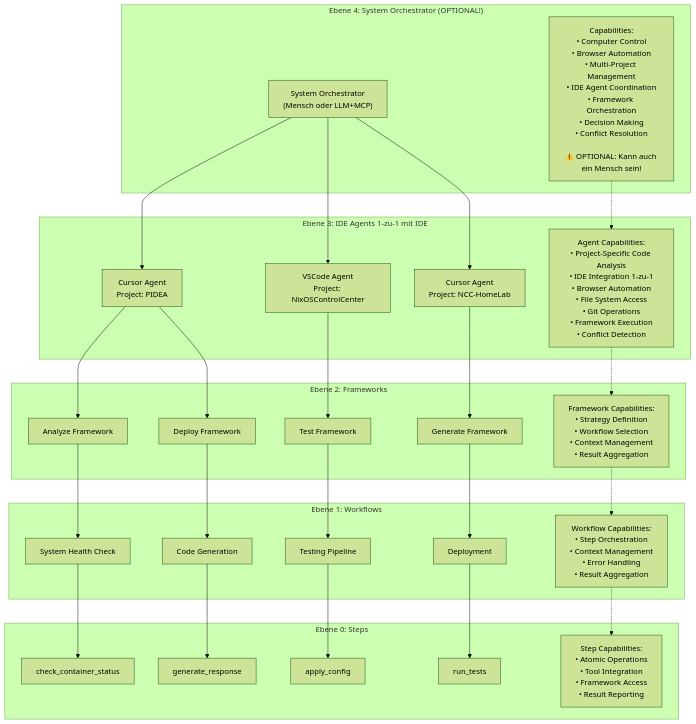
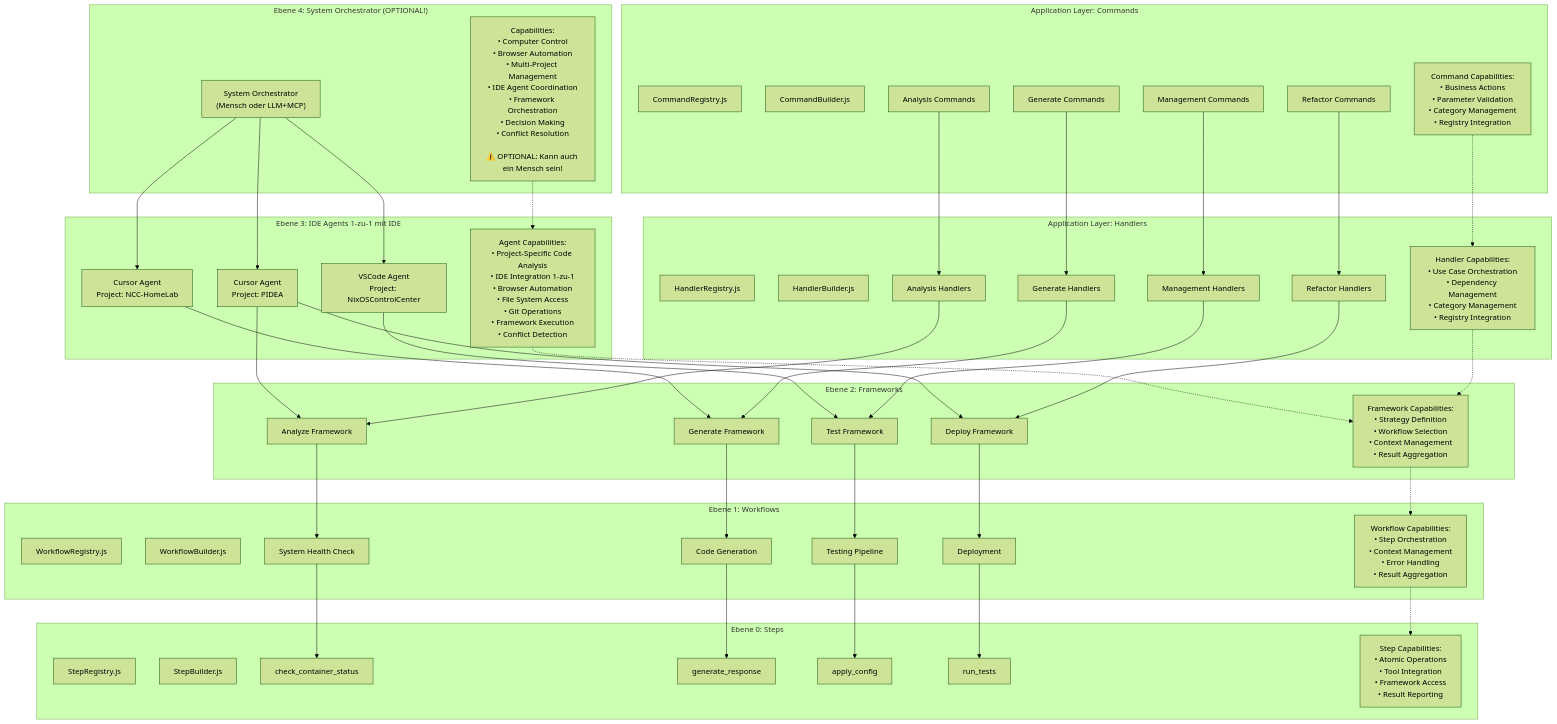
One commit to fr4iser90/PIDEA changed the first of 6 diagrams in docs/architecture/meta-ebenen-capabilities.md. Above: the diagram before and after it, drawn with Mermaid (forest theme). The commit also changed other lines of this file and 11 other files, not shown here.

First line of the commit message:
Enhance Architecture Documentation for Modular Commands and Handlers

````diff
--- a/docs/architecture/meta-ebenen-capabilities.md
+++ b/docs/architecture/meta-ebenen-capabilities.md
@@ -27,21 +27,47 @@
     end
     
     subgraph "Ebene 1: Workflows"
-        W1["System Health Check"]
-        W2["Code Generation"]
-        W3["Testing Pipeline"]
-        W4["Deployment"]
+        W1["WorkflowRegistry.js"]
+        W2["WorkflowBuilder.js"]
+        W3["System Health Check"]
+        W4["Code Generation"]
+        W5["Testing Pipeline"]
+        W6["Deployment"]
         
         WF_CAP["Workflow Capabilities:<br/>• Step Orchestration<br/>• Context Management<br/>• Error Handling<br/>• Result Aggregation"]
     end
     
     subgraph "Ebene 0: Steps"
-        S1["check_container_status"]
-        S2["generate_response"]
-        S3["apply_config"]
-        S4["run_tests"]
+        S1["StepRegistry.js"]
+        S2["StepBuilder.js"]
+        S3["check_container_status"]
+        S4["generate_response"]
+        S5["apply_config"]
+        S6["run_tests"]
         
         STEP_CAP["Step Capabilities:<br/>• Atomic Operations<br/>• Tool Integration<br/>• Framework Access<br/>• Result Reporting"]
+    end
+    
+    subgraph "Application Layer: Commands"
+        C1["CommandRegistry.js"]
+        C2["CommandBuilder.js"]
+        C3["Analysis Commands"]
+        C4["Generate Commands"]
+        C5["Refactor Commands"]
+        C6["Management Commands"]
+        
+        CMD_CAP["Command Capabilities:<br/>• Business Actions<br/>• Parameter Validation<br/>• Category Management<br/>• Registry Integration"]
+    end
+    
+    subgraph "Application Layer: Handlers"
+        H1["HandlerRegistry.js"]
+        H2["HandlerBuilder.js"]
+        H3["Analysis Handlers"]
+        H4["Generate Handlers"]
+        H5["Refactor Handlers"]
+        H6["Management Handlers"]
+        
+        HND_CAP["Handler Capabilities:<br/>• Use Case Orchestration<br/>• Dependency Management<br/>• Category Management<br/>• Registry Integration"]
     end
     
     %% Connections
@@ -54,19 +80,31 @@
     PA2 --> F3
     PA3 --> F4
     
-    F1 --> W1
-    F2 --> W2
-    F3 --> W3
+    F1 --> W3
+    F2 --> W6
+    F3 --> W5
     F4 --> W4
     
-    W1 --> S1
-    W2 --> S2
     W3 --> S3
     W4 --> S4
+    W5 --> S5
+    W6 --> S6
+    
+    C3 --> H3
+    C4 --> H4
+    C5 --> H5
+    C6 --> H6
+    
+    H3 --> F1
+    H4 --> F4
+    H5 --> F2
+    H6 --> F3
     
     %% Capability flows
     SO_CAP -.-> PA_CAP
     PA_CAP -.-> FW_CAP
     FW_CAP -.-> WF_CAP
     WF_CAP -.-> STEP_CAP
+    CMD_CAP -.-> HND_CAP
+    HND_CAP -.-> FW_CAP
 ```
````
